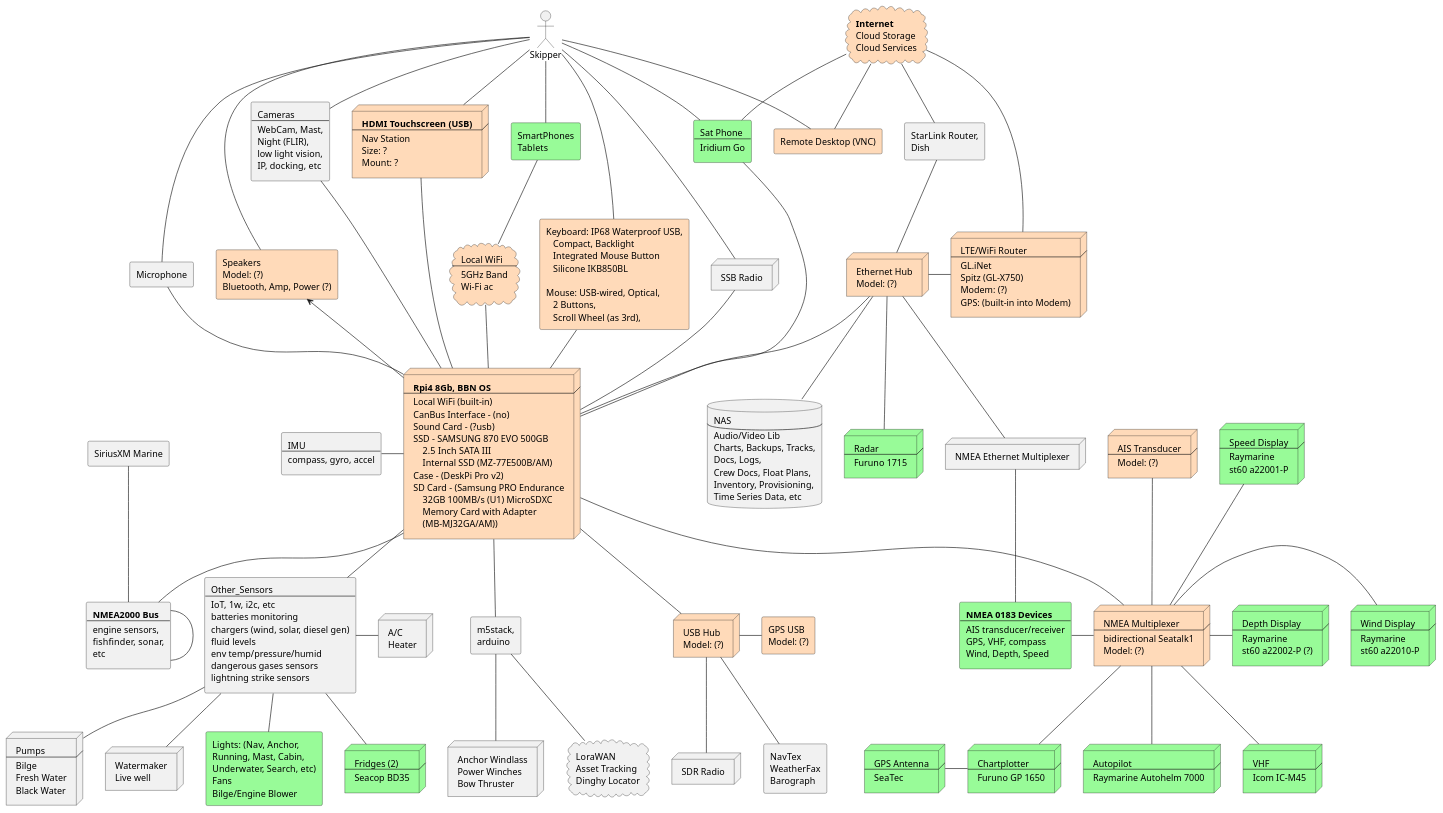
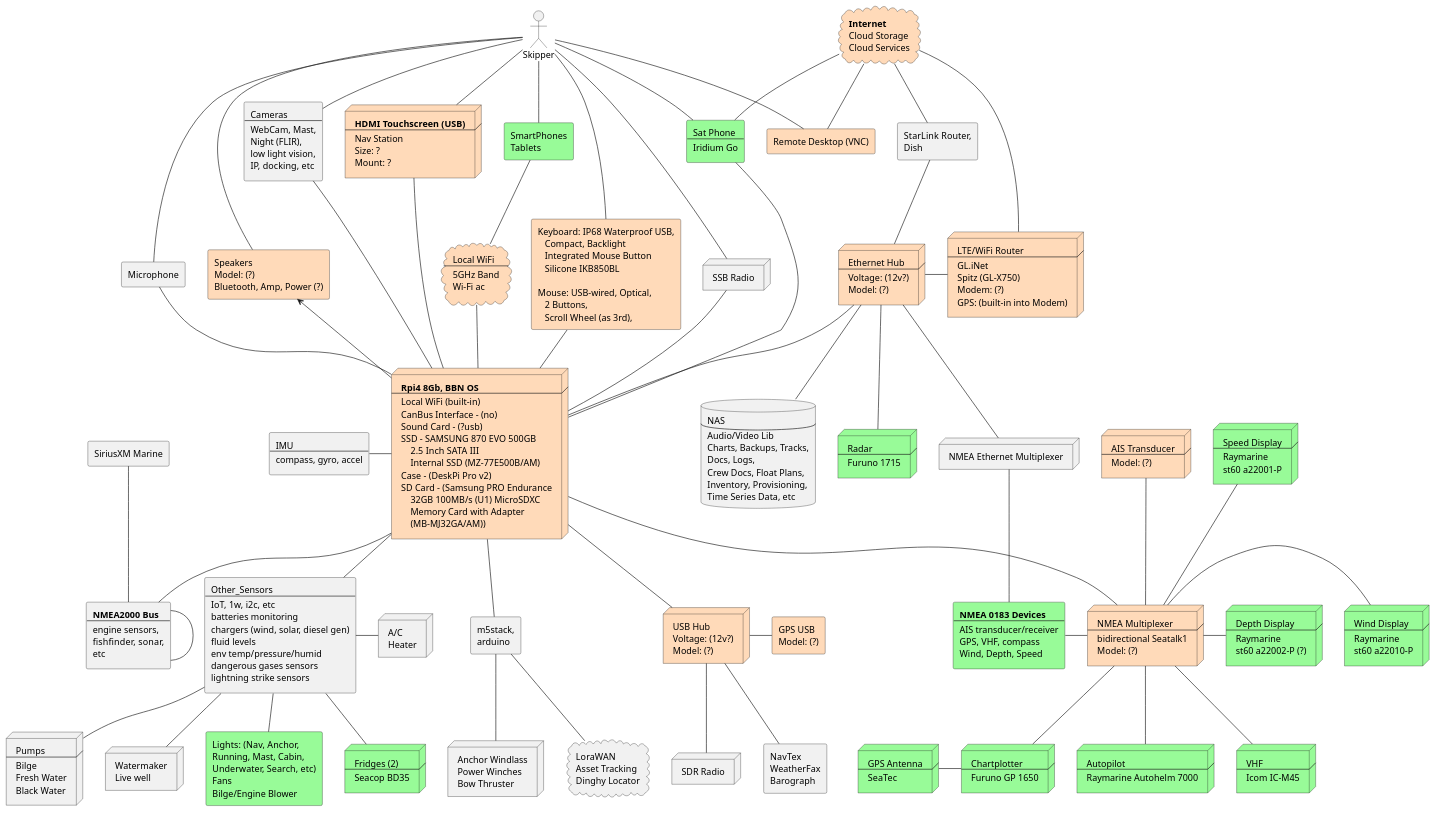
The diagram in docs/plantuml/alcazar-system-arch.puml (SY-Alcazar/SY-Alcazar), drawn with PlantUML before and after one commit.

Commit message:
alcazar system arch

```diff
--- a/docs/plantuml/alcazar-system-arch.puml
+++ b/docs/plantuml/alcazar-system-arch.puml
@@ -84,11 +84,14 @@
 
 node Eth_Hub #peachpuff [
  Ethernet Hub
+ ----
+ Voltage: (12v?)
  Model: (?)
 ]
 
 node USB_Hub #peachpuff [
  USB Hub
+ Voltage: (12v?)
  Model: (?)
 ]
 
```
